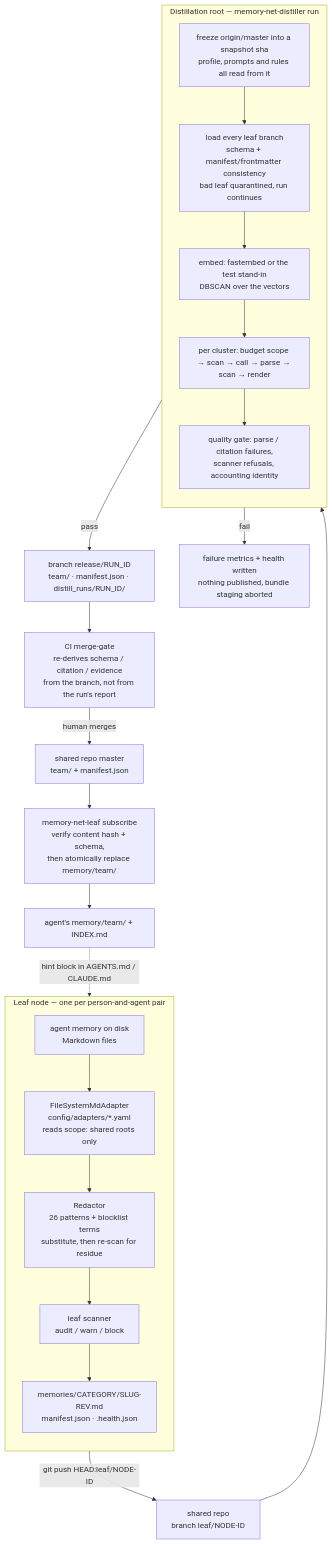
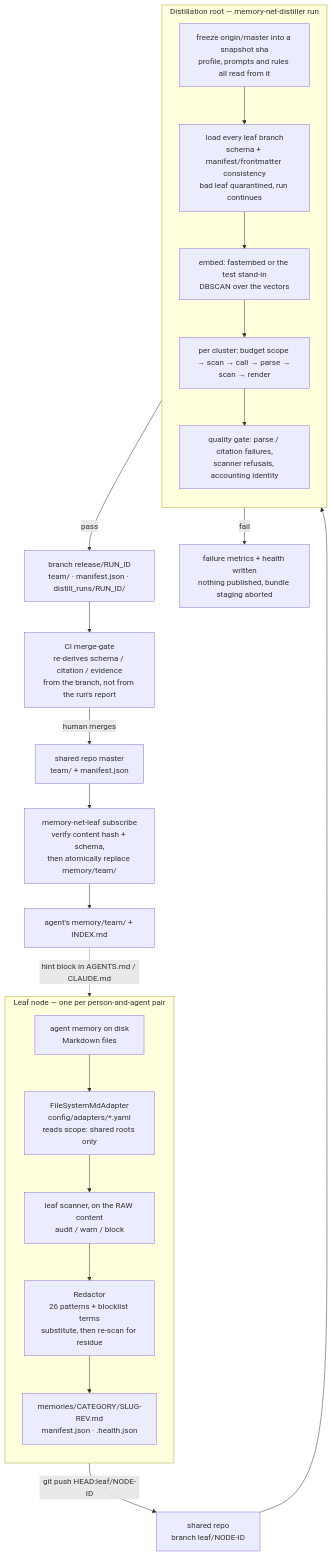
Before and after one commit to ljxalpha/agent-native-org-memory: the first of 4 diagrams in README.md, drawn with Mermaid. The commit also changed other lines of this file and 1 other file, not shown here.

````diff
--- a/README.md
+++ b/README.md
@@ -97,36 +97,36 @@
 ```mermaid
 flowchart TB
   subgraph LEAF["Leaf node — one per person-and-agent pair"]
     direction TB
     A["agent memory on disk<br/>Markdown files"]
     ADP["FileSystemMdAdapter<br/>config/adapters/*.yaml<br/>reads scope: shared roots only"]
+    SCN["leaf scanner, on the RAW content<br/>audit / warn / block"]
     RED["Redactor<br/>26 patterns + blocklist terms<br/>substitute, then re-scan for residue"]
-    SCN["leaf scanner<br/>audit / warn / block"]
     OUT["memories/CATEGORY/SLUG-REV.md<br/>manifest.json · .health.json"]
-    A --> ADP --> RED --> SCN --> OUT
+    A --> ADP --> SCN --> RED --> OUT
   end
 
   OUT -->|"git push HEAD:leaf/NODE-ID"| BR["shared repo<br/>branch leaf/NODE-ID"]
 
   subgraph ROOT["Distillation root — memory-net-distiller run"]
     direction TB
     FZ["freeze origin/master into a snapshot sha<br/>profile, prompts and rules all read from it"]
     LD["load every leaf branch<br/>schema + manifest/frontmatter consistency<br/>bad leaf quarantined, run continues"]
     EM["embed: fastembed or the test stand-in<br/>DBSCAN over the vectors"]
     DS["per cluster: budget scope → scan → call → parse → scan → render"]
     GT["quality gate: parse / citation failures,<br/>scanner refusals, accounting identity"]
     FZ --> LD --> EM --> DS --> GT
   end
 
   BR --> ROOT
 
   GT -->|pass| REL["branch release/RUN_ID<br/>team/ · manifest.json · distill_runs/RUN_ID/"]
   GT -->|fail| DEAD["failure metrics + health written<br/>nothing published, bundle staging aborted"]
 
   REL --> MG["CI merge-gate<br/>re-derives schema / citation / evidence<br/>from the branch, not from the run's report"]
   MG -->|human merges| MST["shared repo master<br/>team/ + manifest.json"]
 
   MST --> SUB["memory-net-leaf subscribe<br/>verify content hash + schema,<br/>then atomically replace memory/team/"]
   SUB --> IDX["agent's memory/team/ + INDEX.md"]
   IDX -.->|"hint block in AGENTS.md / CLAUDE.md"| A
 ```
````
